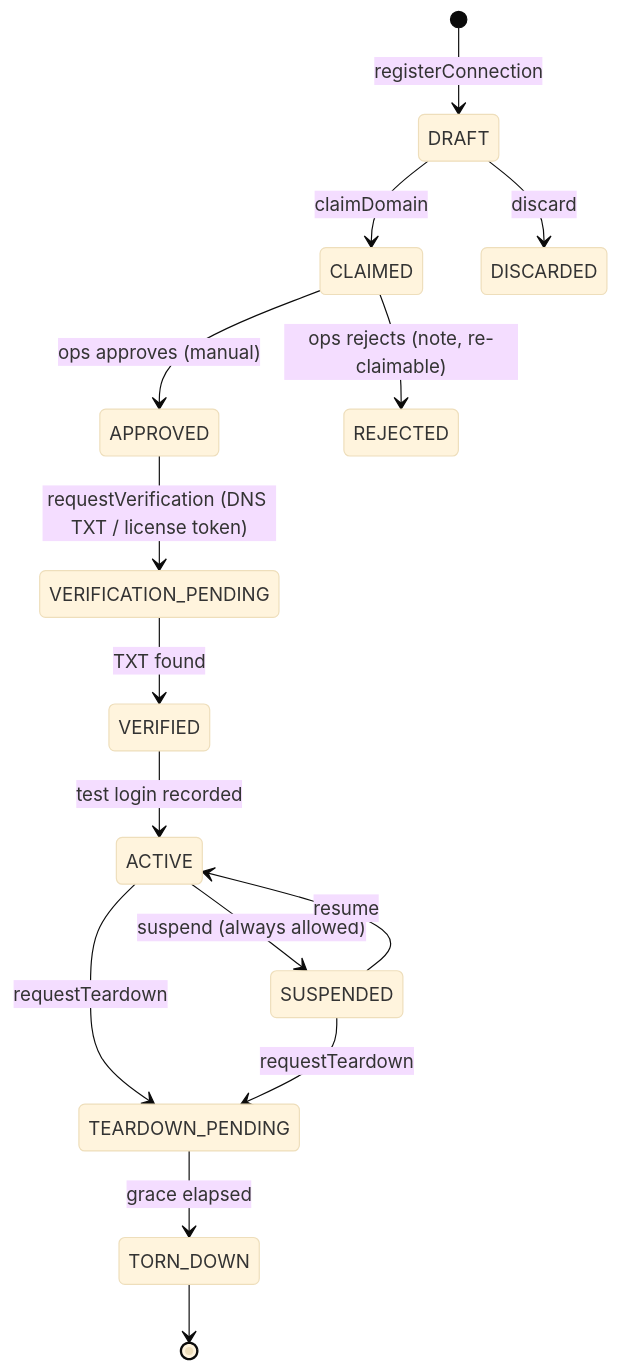
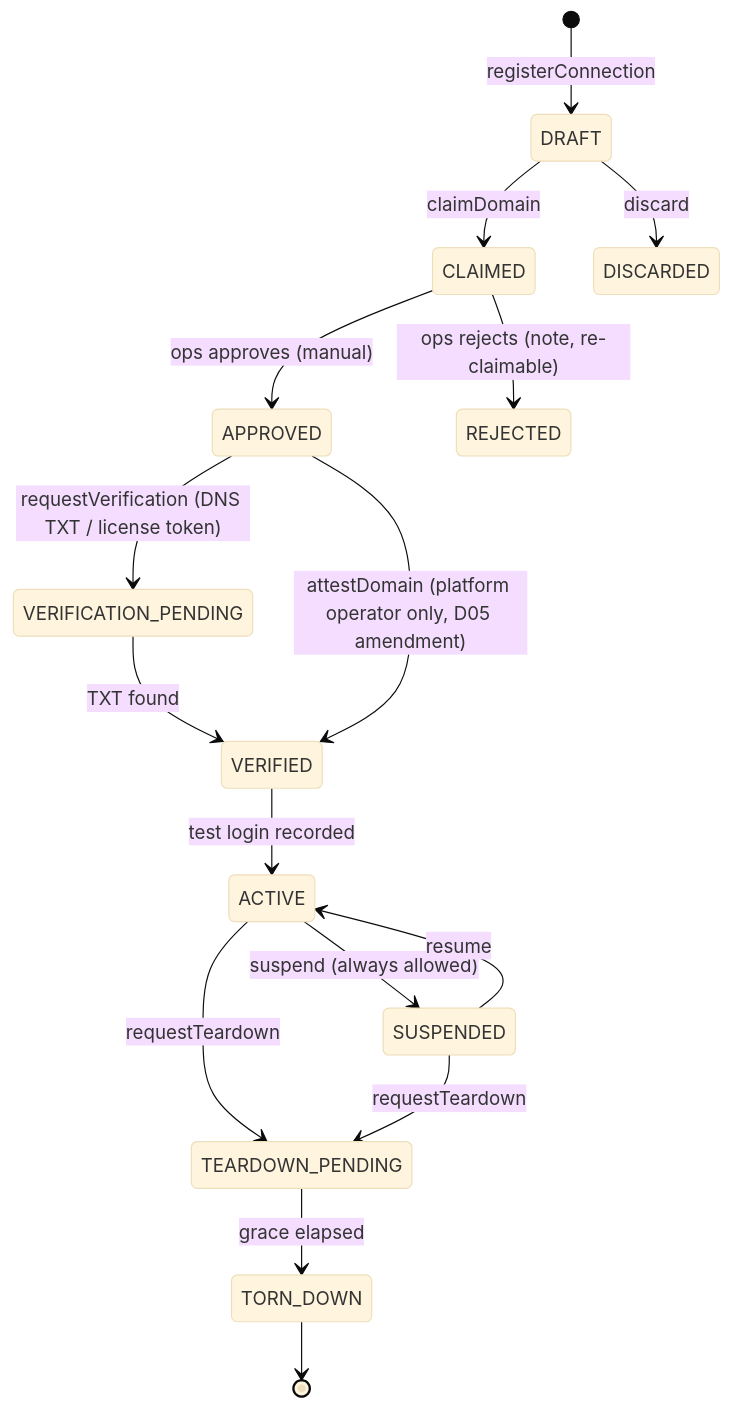
Before and after one commit to langwatch/langwatch: the diagram in dev/docs/identity-platform/D04-sso-connection-aggregate.md, drawn with Mermaid (base theme). The commit also changed other lines of this file and 6 other files, not shown here.

````diff
--- a/dev/docs/identity-platform/D04-sso-connection-aggregate.md
+++ b/dev/docs/identity-platform/D04-sso-connection-aggregate.md
@@ -26,17 +26,18 @@
 ```mermaid
 stateDiagram-v2
     [*] --> DRAFT : registerConnection
     DRAFT --> CLAIMED : claimDomain
     CLAIMED --> APPROVED : ops approves (manual)
     CLAIMED --> REJECTED : ops rejects (note, re-claimable)
     APPROVED --> VERIFICATION_PENDING : requestVerification (DNS TXT / license token)
     VERIFICATION_PENDING --> VERIFIED : TXT found
+    APPROVED --> VERIFIED : attestDomain (platform operator only, D05 amendment)
     VERIFIED --> ACTIVE : test login recorded
     ACTIVE --> SUSPENDED : suspend (always allowed)
     SUSPENDED --> ACTIVE : resume
     ACTIVE --> TEARDOWN_PENDING : requestTeardown
     SUSPENDED --> TEARDOWN_PENDING : requestTeardown
     TEARDOWN_PENDING --> TORN_DOWN : grace elapsed
     DRAFT --> DISCARDED : discard
     TORN_DOWN --> [*]
 ```
````
